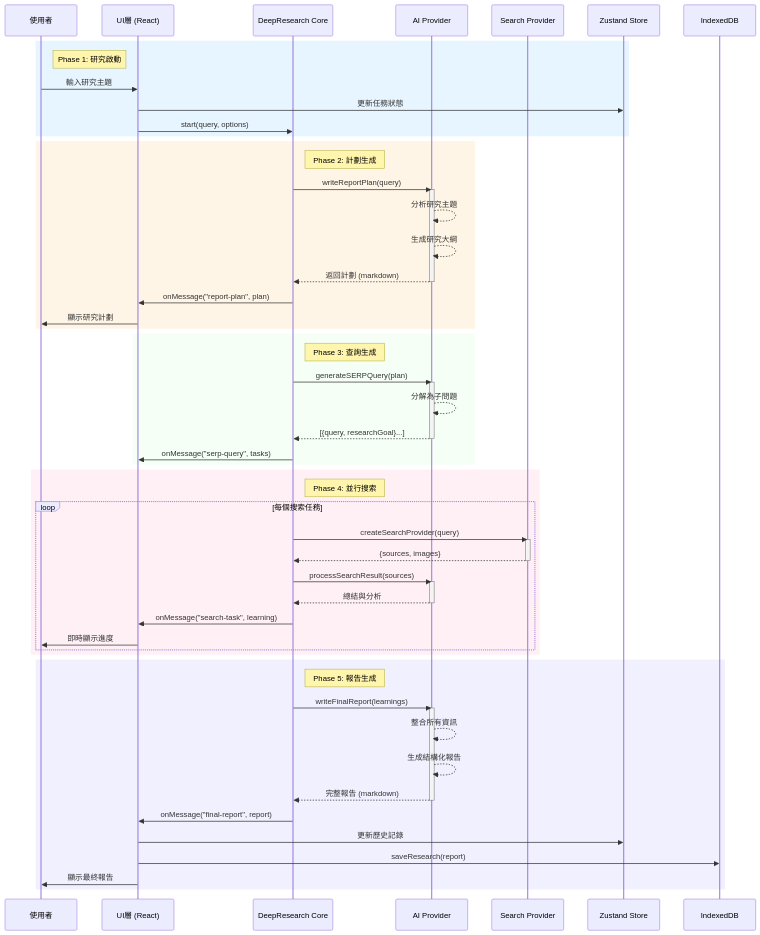
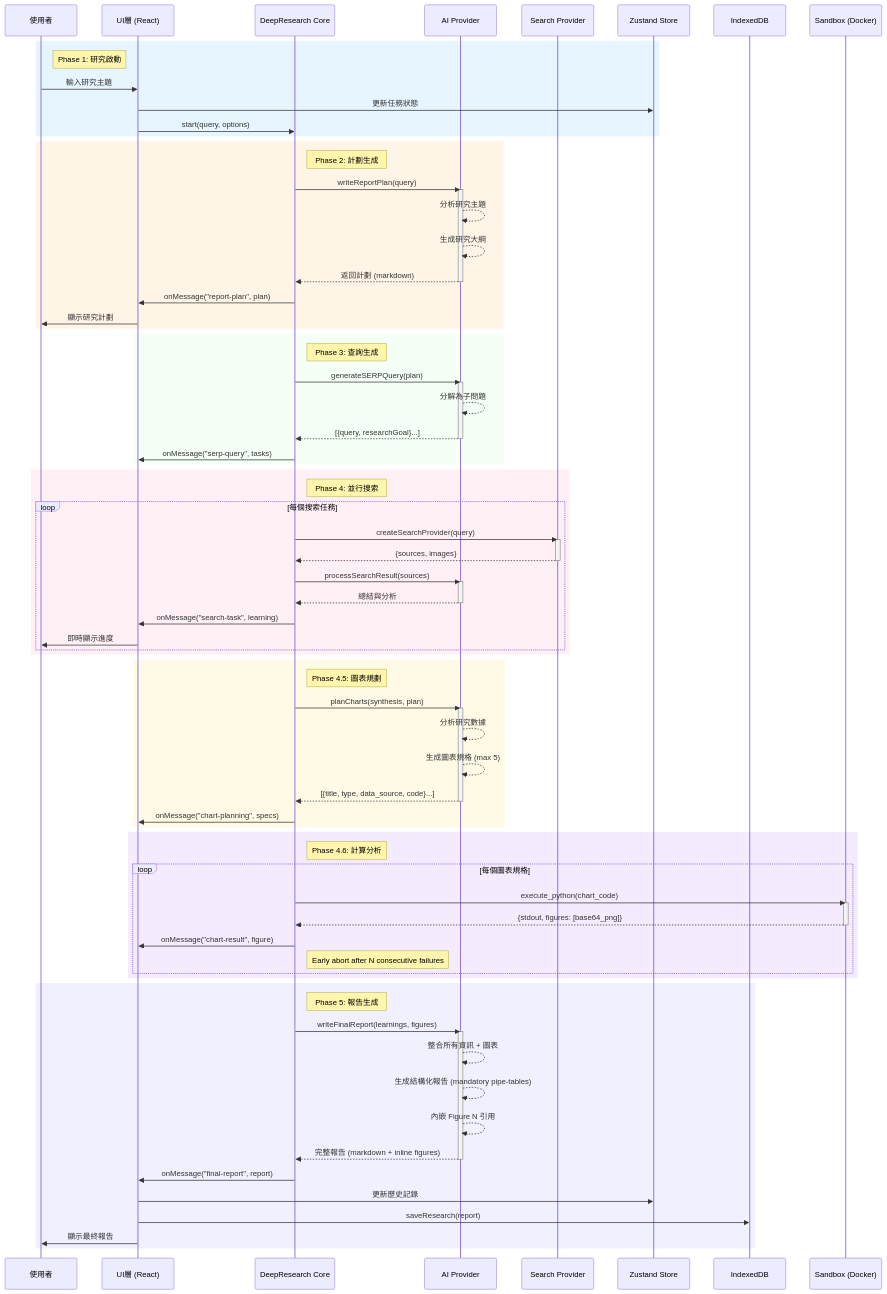
One commit to Zenobia000/openagent_backend changed the first of 3 diagrams in Architecture_Refactoring_Toolkit/project_docs/07_deep_research_sequential_flow.md. Above: the diagram before and after it, drawn with Mermaid. The commit also changed other lines of this file and 6 other files, not shown here.

First line of the commit message:
docs(architecture): update project docs + add report quality audit

```diff
--- a/Architecture_Refactoring_Toolkit/project_docs/07_deep_research_sequential_flow.md
+++ b/Architecture_Refactoring_Toolkit/project_docs/07_deep_research_sequential_flow.md
@@ -83,13 +83,38 @@
         end
     end
 
+    rect rgb(255, 250, 230)
+        Note right of DR: Phase 4.5: 圖表規劃
+        DR->>AI: planCharts(synthesis, plan)
+        activate AI
+        AI-->>AI: 分析研究數據
+        AI-->>AI: 生成圖表規格 (max 5)
+        AI-->>DR: [{title, type, data_source, code}...]
+        deactivate AI
+        DR->>UI: onMessage("chart-planning", specs)
+    end
+
+    rect rgb(245, 235, 255)
+        Note right of DR: Phase 4.6: 計算分析
+        participant SB as Sandbox (Docker)
+        loop 每個圖表規格
+            DR->>SB: execute_python(chart_code)
+            activate SB
+            SB-->>DR: {stdout, figures: [base64_png]}
+            deactivate SB
+            DR->>UI: onMessage("chart-result", figure)
+            Note right of DR: Early abort after N consecutive failures
+        end
+    end
+
     rect rgb(240, 240, 255)
         Note right of DR: Phase 5: 報告生成
-        DR->>AI: writeFinalReport(learnings)
+        DR->>AI: writeFinalReport(learnings, figures)
         activate AI
-        AI-->>AI: 整合所有資訊
-        AI-->>AI: 生成結構化報告
-        AI-->>DR: 完整報告 (markdown)
+        AI-->>AI: 整合所有資訊 + 圖表
+        AI-->>AI: 生成結構化報告 (mandatory pipe-tables)
+        AI-->>AI: 內嵌 Figure N 引用
+        AI-->>DR: 完整報告 (markdown + inline figures)
         deactivate AI
 
         DR->>UI: onMessage("final-report", report)
```
